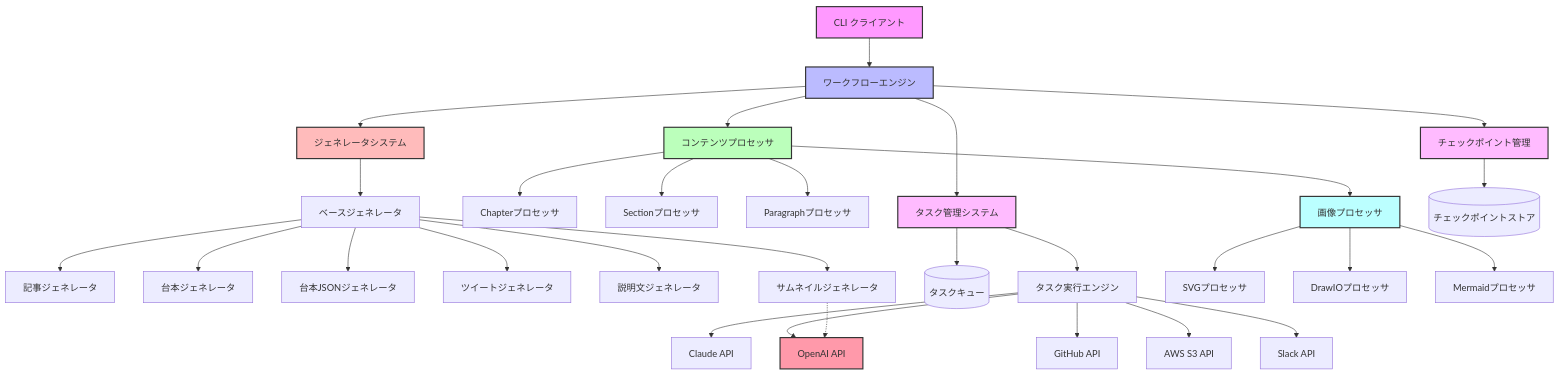
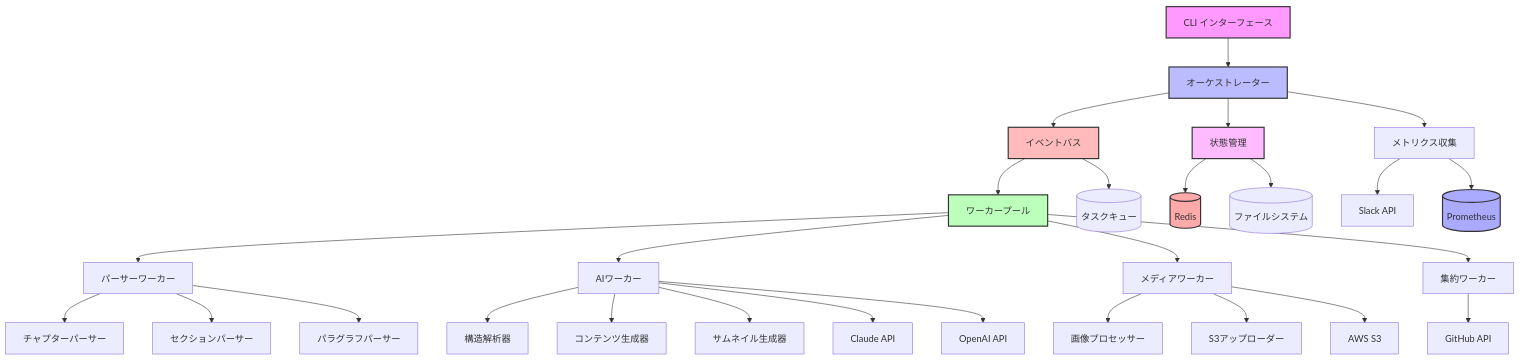
The first of 2 diagrams in docs/architecture-design.md (develogon/resource_generate_workflow), drawn with Mermaid before and after one commit. The commit also changed other lines of this file and 190 other files, not shown here.

````diff
--- a/docs/architecture-design.md
+++ b/docs/architecture-design.md
@@ -22,47 +26,55 @@
 ```mermaid
 graph TB
-    Client[CLI クライアント] --> WorkflowEngine[ワークフローエンジン]
-    WorkflowEngine --> TaskManager[タスク管理システム]
-    WorkflowEngine --> ContentProcessor[コンテンツプロセッサ]
-    WorkflowEngine --> GeneratorSystem[ジェネレータシステム]
-    WorkflowEngine --> CheckpointManager[チェックポイント管理]
+    %% エントリーポイント
+    CLI[CLI インターフェース] --> Orchestrator[オーケストレーター]
     
-    ContentProcessor --> ChapterProcessor[Chapterプロセッサ]
-    ContentProcessor --> SectionProcessor[Sectionプロセッサ]
-    ContentProcessor --> ParagraphProcessor[Paragraphプロセッサ]
-    ContentProcessor --> ImageProcessor[画像プロセッサ]
+    %% コア管理システム
+    Orchestrator --> EventBus[イベントバス]
+    Orchestrator --> StateManager[状態管理]
+    Orchestrator --> MetricsCollector[メトリクス収集]
     
-    GeneratorSystem --> BaseGenerator[ベースジェネレータ]
-    BaseGenerator --> ArticleGenerator[記事ジェネレータ]
-    BaseGenerator --> ScriptGenerator[台本ジェネレータ]
-    BaseGenerator --> ScriptJsonGenerator[台本JSONジェネレータ]
-    BaseGenerator --> TweetGenerator[ツイートジェネレータ]
-    BaseGenerator --> DescriptionGenerator[説明文ジェネレータ]
-    BaseGenerator --> ThumbnailGenerator[サムネイルジェネレータ]
+    %% イベントバス
+    EventBus --> WorkerPool[ワーカープール]
+    EventBus --> TaskQueue[(タスクキュー)]
     
-    TaskManager --> TaskQueue[(タスクキュー)]
-    TaskManager --> TaskExecutor[タスク実行エンジン]
+    %% ワーカー層
+    WorkerPool --> ParserWorker[パーサーワーカー]
+    WorkerPool --> AIWorker[AIワーカー]
+    WorkerPool --> MediaWorker[メディアワーカー]
+    WorkerPool --> AggregatorWorker[集約ワーカー]
     
-    CheckpointManager --> CheckpointStore[(チェックポイントストア)]
+    %% パーサーワーカーのサブコンポーネント
+    ParserWorker --> ChapterParser[チャプターパーサー]
+    ParserWorker --> SectionParser[セクションパーサー]
+    ParserWorker --> ParagraphParser[パラグラフパーサー]
     
-    ImageProcessor --> SVGProcessor[SVGプロセッサ]
-    ImageProcessor --> DrawIOProcessor[DrawIOプロセッサ]
-    ImageProcessor --> MermaidProcessor[Mermaidプロセッサ]
+    %% AIワーカーのサブコンポーネント
+    AIWorker --> StructureAnalyzer[構造解析器]
+    AIWorker --> ContentGenerator[コンテンツ生成器]
+    AIWorker --> ThumbnailGenerator[サムネイル生成器]
     
-    TaskExecutor --> ClaudeAPI[Claude API]
-    TaskExecutor --> OpenAIAPI[OpenAI API]
-    TaskExecutor --> GitHubAPI[GitHub API]
-    TaskExecutor --> S3API[AWS S3 API]
-    TaskExecutor --> SlackAPI[Slack API]
+    %% メディアワーカーのサブコンポーネント
+    MediaWorker --> ImageProcessor[画像プロセッサー]
+    MediaWorker --> S3Uploader[S3アップローダー]
     
-    ThumbnailGenerator -.-> OpenAIAPI
+    %% 外部サービス層
+    AIWorker --> ClaudeAPI[Claude API]
+    AIWorker --> OpenAIAPI[OpenAI API]
+    MediaWorker --> AWSS3[AWS S3]
+    AggregatorWorker --> GitHubAPI[GitHub API]
+    MetricsCollector --> SlackAPI[Slack API]
     
-    style Client fill:#f9f,stroke:#333,stroke-width:2px
-    style WorkflowEngine fill:#bbf,stroke:#333,stroke-width:2px
-    style ContentProcessor fill:#bfb,stroke:#333,stroke-width:2px
-    style GeneratorSystem fill:#fbb,stroke:#333,stroke-width:2px
-    style TaskManager fill:#fbf,stroke:#333,stroke-width:2px
-    style CheckpointManager fill:#fbf,stroke:#333,stroke-width:2px
-    style ImageProcessor fill:#bff,stroke:#333,stroke-width:2px
-    style OpenAIAPI fill:#f9a,stroke:#333,stroke-width:2px
+    %% データストア層
+    StateManager --> Redis[(Redis)]
+    StateManager --> FileSystem[(ファイルシステム)]
+    MetricsCollector --> Prometheus[(Prometheus)]
+    
+    %% スタイリング
+    style CLI fill:#f9f,stroke:#333,stroke-width:2px
+    style Orchestrator fill:#bbf,stroke:#333,stroke-width:2px
+    style EventBus fill:#fbb,stroke:#333,stroke-width:2px
+    style WorkerPool fill:#bfb,stroke:#333,stroke-width:2px
+    style StateManager fill:#fbf,stroke:#333,stroke-width:2px
+    style Redis fill:#faa,stroke:#333,stroke-width:2px
+    style Prometheus fill:#aaf,stroke:#333,stroke-width:2px
 ```
````
